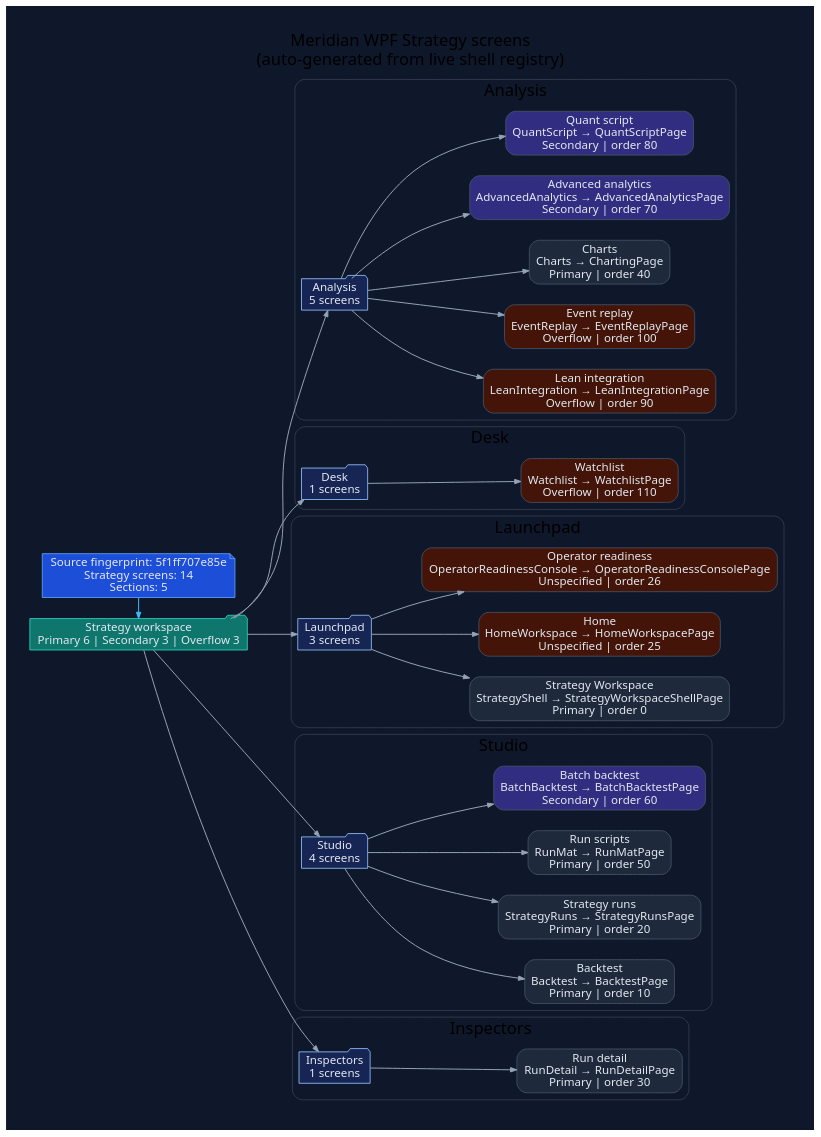
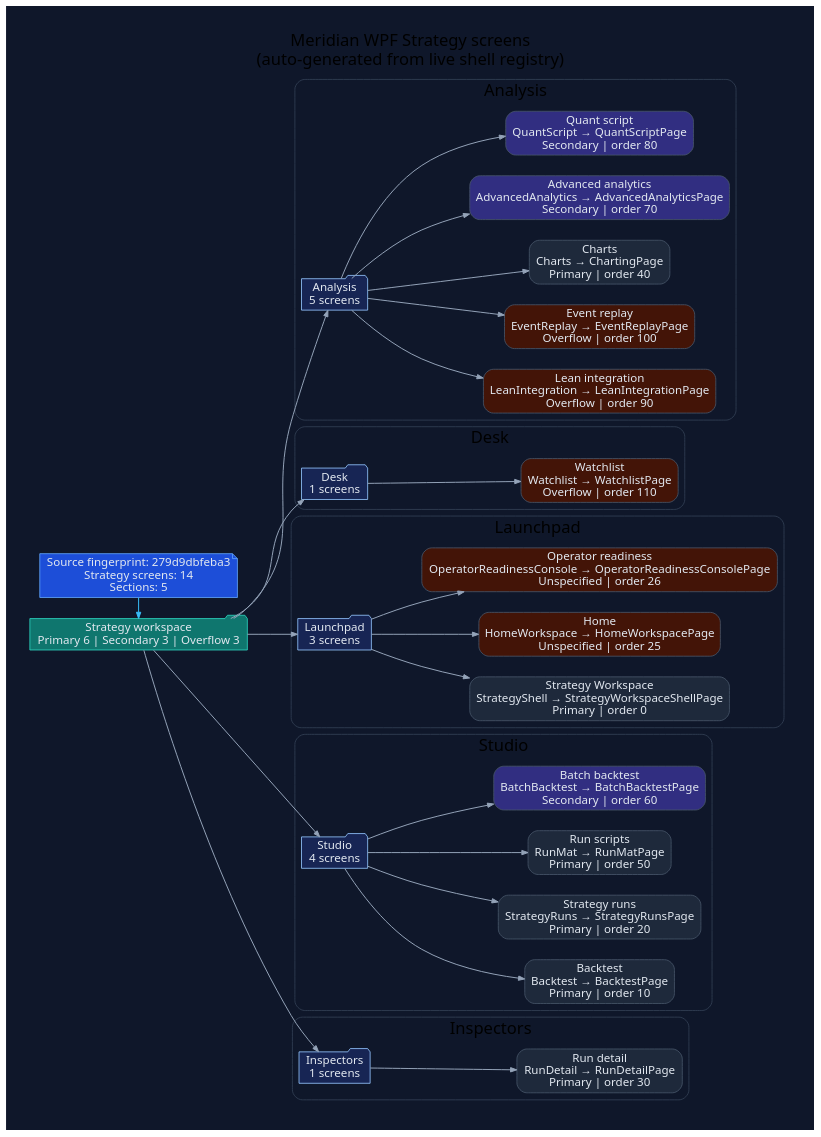
Before and after one commit to rodoHasArrived/Meridian-main: the diagram in docs/diagrams/ui/ui-wpf-screens-strategy.dot, drawn with Graphviz. The commit also changed 48 other files, not shown here.

First line of the commit message:
Regenerate diagrams and status docs for the Wave P3 merge

```diff
--- a/docs/diagrams/ui/ui-wpf-screens-strategy.dot
+++ b/docs/diagrams/ui/ui-wpf-screens-strategy.dot
@@ -1,94 +1,94 @@
 // -----------------------------------------------------------------------------
 // <auto-generated>
 // Generated by scripts/generate-diagrams.mjs.
 // Do not edit this file directly; update the WPF source files instead.
 // -----------------------------------------------------------------------------
 digraph WpfStrategyScreens {
   graph [
     rankdir=LR,
     labelloc=t,
     label="Meridian WPF Strategy screens\n(auto-generated from live shell registry)",
     fontname="Segoe UI",
     fontsize=20,
     pad=0.4,
     nodesep=0.35,
     ranksep=0.85,
     bgcolor="#0f172a"
   ];
   node [fontname="Segoe UI", shape=box, style="rounded,filled", color="#475569", fontcolor="#e2e8f0", fillcolor="#1e293b"];
   edge [fontname="Segoe UI", color="#94a3b8", penwidth=1.2, arrowsize=0.75];
 
-  generated [shape=note, fillcolor="#1d4ed8", color="#60a5fa", label="Source fingerprint: 5f1ff707e85e\nStrategy screens: 14\nSections: 5"];
+  generated [shape=note, fillcolor="#1d4ed8", color="#60a5fa", label="Source fingerprint: 279d9dbfeba3\nStrategy screens: 14\nSections: 5"];
   workspace [shape=folder, fillcolor="#0f766e", color="#2dd4bf", label="Strategy workspace\nPrimary 6 | Secondary 3 | Overflow 3"];
   generated -> workspace [color="#38bdf8"];
 
   subgraph cluster_section_1 {
     label="Analysis";
     color="#334155";
     style="rounded";
     section_1 [shape=folder, fillcolor="#172554", color="#93c5fd", label="Analysis\n5 screens"];
     workspace -> section_1;
     screen_LeanIntegration [fillcolor="#431407", label="Lean integration\nLeanIntegration → LeanIntegrationPage\nOverflow | order 90"];
     section_1 -> screen_LeanIntegration;
     screen_EventReplay [fillcolor="#431407", label="Event replay\nEventReplay → EventReplayPage\nOverflow | order 100"];
     section_1 -> screen_EventReplay;
     screen_Charts [fillcolor="#1e293b", label="Charts\nCharts → ChartingPage\nPrimary | order 40"];
     section_1 -> screen_Charts;
     screen_AdvancedAnalytics [fillcolor="#312e81", label="Advanced analytics\nAdvancedAnalytics → AdvancedAnalyticsPage\nSecondary | order 70"];
     section_1 -> screen_AdvancedAnalytics;
     screen_QuantScript [fillcolor="#312e81", label="Quant script\nQuantScript → QuantScriptPage\nSecondary | order 80"];
     section_1 -> screen_QuantScript;
   }
 
   subgraph cluster_section_2 {
     label="Desk";
     color="#334155";
     style="rounded";
     section_2 [shape=folder, fillcolor="#172554", color="#93c5fd", label="Desk\n1 screens"];
     workspace -> section_2;
     screen_Watchlist [fillcolor="#431407", label="Watchlist\nWatchlist → WatchlistPage\nOverflow | order 110"];
     section_2 -> screen_Watchlist;
   }
 
   subgraph cluster_section_3 {
     label="Launchpad";
     color="#334155";
     style="rounded";
     section_3 [shape=folder, fillcolor="#172554", color="#93c5fd", label="Launchpad\n3 screens"];
     workspace -> section_3;
     screen_StrategyShell [fillcolor="#1e293b", label="Strategy Workspace\nStrategyShell → StrategyWorkspaceShellPage\nPrimary | order 0"];
     section_3 -> screen_StrategyShell;
     screen_HomeWorkspace [fillcolor="#431407", label="Home\nHomeWorkspace → HomeWorkspacePage\nUnspecified | order 25"];
     section_3 -> screen_HomeWorkspace;
     screen_OperatorReadinessConsole [fillcolor="#431407", label="Operator readiness\nOperatorReadinessConsole → OperatorReadinessConsolePage\nUnspecified | order 26"];
     section_3 -> screen_OperatorReadinessConsole;
   }
 
   subgraph cluster_section_4 {
     label="Studio";
     color="#334155";
     style="rounded";
     section_4 [shape=folder, fillcolor="#172554", color="#93c5fd", label="Studio\n4 screens"];
     workspace -> section_4;
     screen_Backtest [fillcolor="#1e293b", label="Backtest\nBacktest → BacktestPage\nPrimary | order 10"];
     section_4 -> screen_Backtest;
     screen_StrategyRuns [fillcolor="#1e293b", label="Strategy runs\nStrategyRuns → StrategyRunsPage\nPrimary | order 20"];
     section_4 -> screen_StrategyRuns;
     screen_RunMat [fillcolor="#1e293b", label="Run scripts\nRunMat → RunMatPage\nPrimary | order 50"];
     section_4 -> screen_RunMat;
     screen_BatchBacktest [fillcolor="#312e81", label="Batch backtest\nBatchBacktest → BatchBacktestPage\nSecondary | order 60"];
     section_4 -> screen_BatchBacktest;
   }
 
   subgraph cluster_section_5 {
     label="Inspectors";
     color="#334155";
     style="rounded";
     section_5 [shape=folder, fillcolor="#172554", color="#93c5fd", label="Inspectors\n1 screens"];
     workspace -> section_5;
     screen_RunDetail [fillcolor="#1e293b", label="Run detail\nRunDetail → RunDetailPage\nPrimary | order 30"];
     section_5 -> screen_RunDetail;
   }
 
   { rank=min; generated; workspace; }
 }
```
